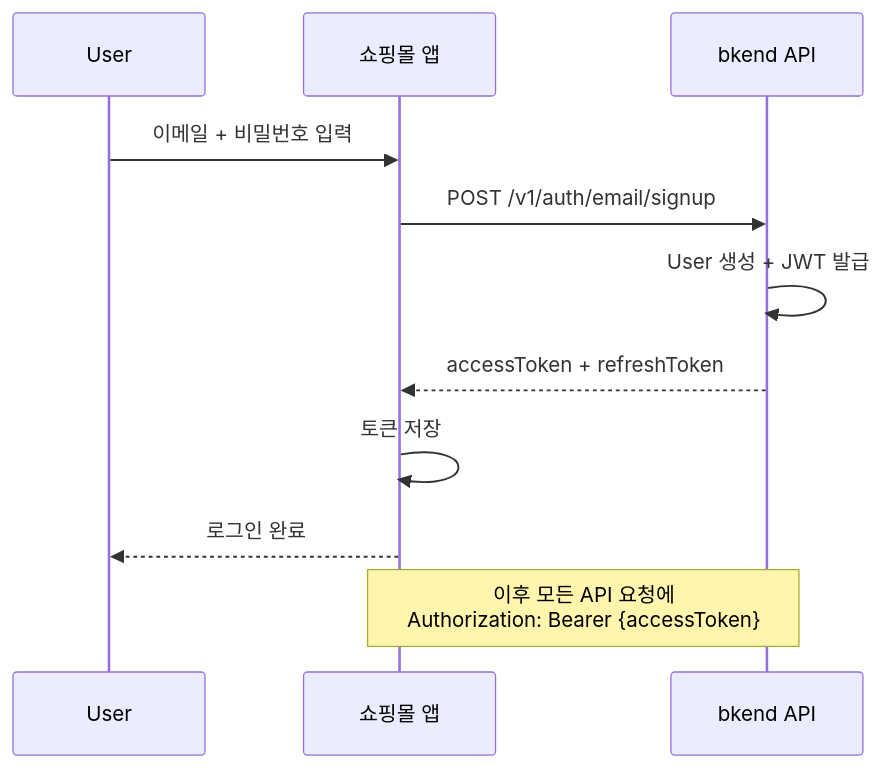
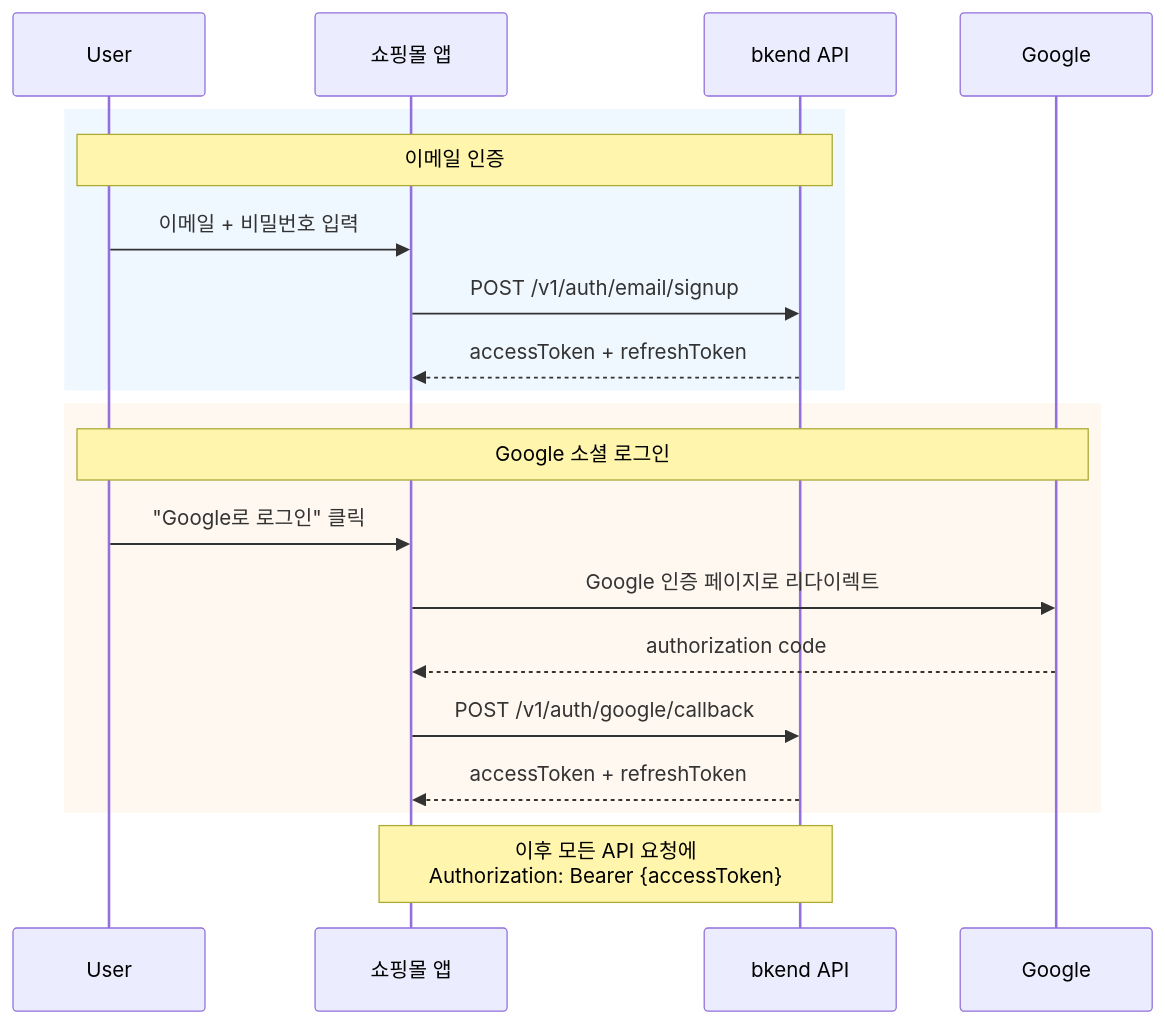
Before and after one commit to popup-studio-ai/bkend-docs: the diagram in cookbooks/shopping-mall/full-guide/01-auth.md, drawn with Mermaid. The commit also changed other lines of this file and 365 other files, not shown here.

````diff
--- a/cookbooks/shopping-mall/full-guide/01-auth.md
+++ b/cookbooks/shopping-mall/full-guide/01-auth.md
@@ -20,15 +21,25 @@
 ```mermaid
 sequenceDiagram
     participant U as User
     participant App as 쇼핑몰 앱
     participant API as bkend API
+    participant G as Google
 
-    U->>App: 이메일 + 비밀번호 입력
-    App->>API: POST /v1/auth/email/signup
-    API->>API: User 생성 + JWT 발급
-    API-->>App: accessToken + refreshToken
-    App->>App: 토큰 저장
-    App-->>U: 로그인 완료
+    rect rgb(240, 248, 255)
+        Note over U, API: 이메일 인증
+        U->>App: 이메일 + 비밀번호 입력
+        App->>API: POST /v1/auth/email/signup
+        API-->>App: accessToken + refreshToken
+    end
+
+    rect rgb(255, 248, 240)
+        Note over U, G: Google 소셜 로그인
+        U->>App: "Google로 로그인" 클릭
+        App->>G: Google 인증 페이지로 리다이렉트
+        G-->>App: authorization code
+        App->>API: POST /v1/auth/google/callback
+        API-->>App: accessToken + refreshToken
+    end
 
     Note over App,API: 이후 모든 API 요청에<br/>Authorization: Bearer {accessToken}
 ```
````
